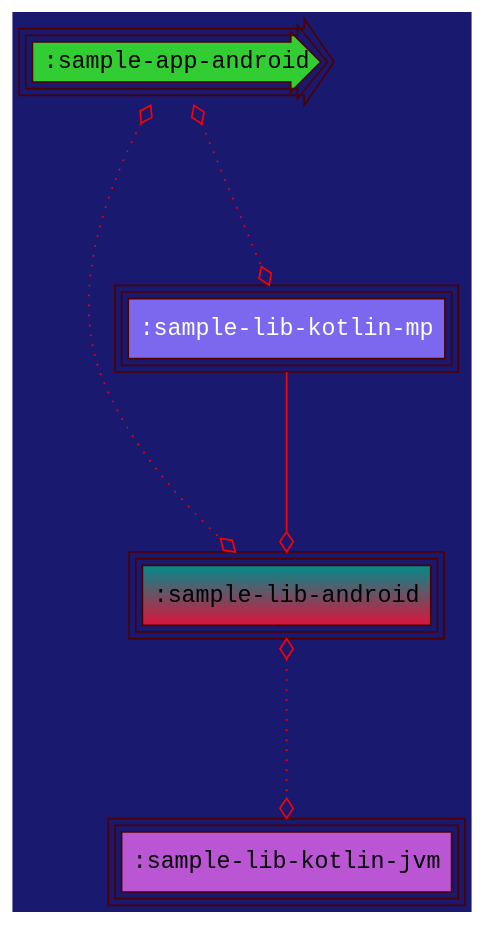
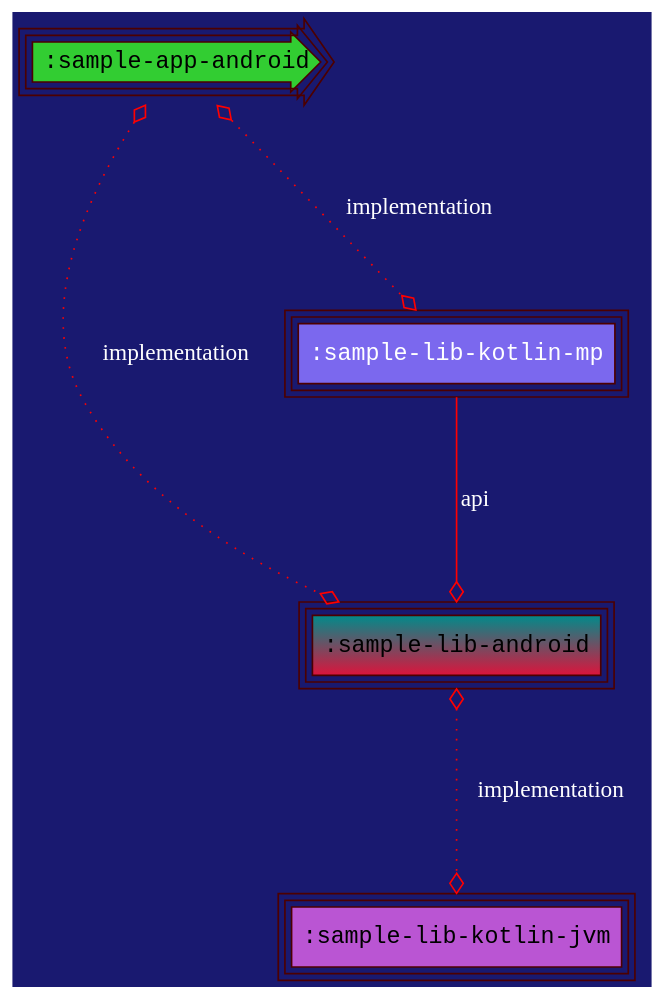
The diagram in samples/sample-graphviz/sample-lib-android/modular/chart.dot (jonapoul/atlas), drawn with Graphviz before and after one commit. The commit also changed 35 other files, not shown here.

```diff
--- a/samples/sample-graphviz/sample-lib-android/modular/chart.dot
+++ b/samples/sample-graphviz/sample-lib-android/modular/chart.dot
@@ -1,13 +1,13 @@
 digraph {
-  edge [arrowhead="ediamond",arrowtail="none",color="red",labelfloat="true",fontcolor="lime"]
+  edge [arrowhead="ediamond",arrowtail="none",fontcolor="white",labelfloat="false",color="red"]
   graph [layout="dot",bgcolor="MidnightBlue",fontsize="30",rankdir="TB",ranksep="1.5"]
   node [fontname="Courier New",peripheries="3",style="filled",shape="box",color="#4C0000"]
   ":sample-app-android" [shape="rarrow",style="radial",fillcolor="limegreen"]
   ":sample-lib-android" [gradientangle="90",fillcolor="crimson:cyan4"]
   ":sample-lib-kotlin-jvm" [fillcolor="mediumorchid"]
   ":sample-lib-kotlin-mp" [fontcolor="white",fillcolor="mediumslateblue"]
-  ":sample-app-android" -> ":sample-lib-android" [style="dotted",dir="both",arrowtail="ediamond"]
-  ":sample-app-android" -> ":sample-lib-kotlin-mp" [style="dotted",dir="both",arrowtail="ediamond"]
-  ":sample-lib-android" -> ":sample-lib-kotlin-jvm" [style="dotted",dir="both",arrowtail="ediamond"]
-  ":sample-lib-kotlin-mp" -> ":sample-lib-android" [style="solid",weight="5"]
+  ":sample-app-android" -> ":sample-lib-android" [style="dotted",label="implementation",dir="both",arrowtail="ediamond"]
+  ":sample-app-android" -> ":sample-lib-kotlin-mp" [style="dotted",label="implementation",dir="both",arrowtail="ediamond"]
+  ":sample-lib-android" -> ":sample-lib-kotlin-jvm" [style="dotted",label="implementation",dir="both",arrowtail="ediamond"]
+  ":sample-lib-kotlin-mp" -> ":sample-lib-android" [style="solid",label="api",weight="5"]
 }
```
